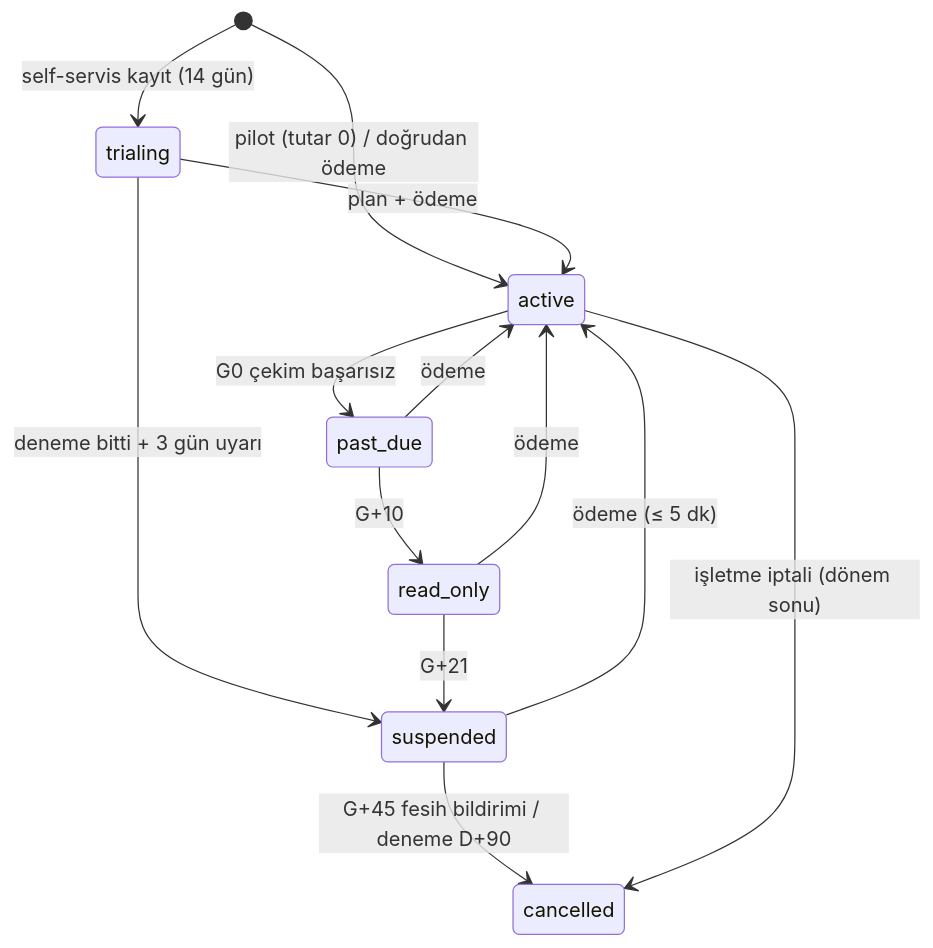
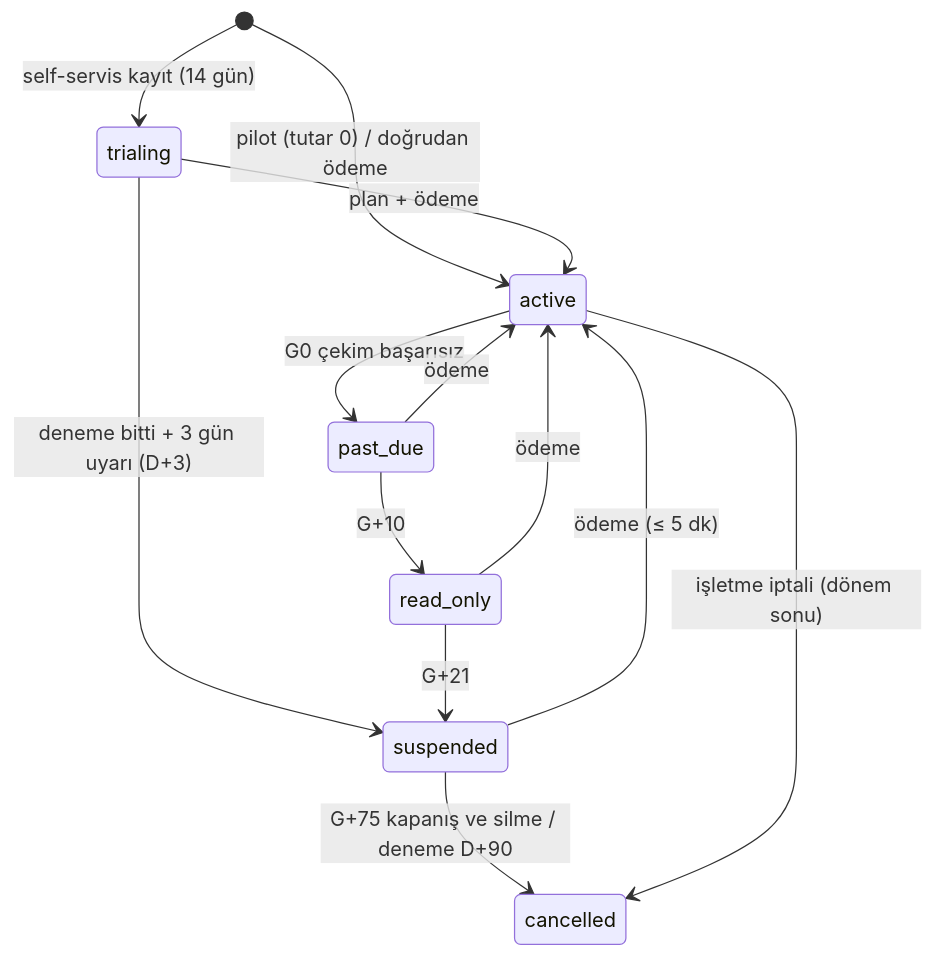
Before and after one commit to eraycaylak/siparisinonunde: the tenth of 10 diagrams in docs/07-veri-modeli-ve-api.md, drawn with Mermaid. The commit also changed other lines of this file and 5 other files, not shown here.

````diff
--- a/docs/07-veri-modeli-ve-api.md
+++ b/docs/07-veri-modeli-ve-api.md
@@ -923,15 +923,15 @@
 ```mermaid
 stateDiagram-v2
   [*] --> trialing: self-servis kayıt (14 gün)
   [*] --> active: pilot (tutar 0) / doğrudan ödeme
   trialing --> active: plan + ödeme
-  trialing --> suspended: deneme bitti + 3 gün uyarı
+  trialing --> suspended: deneme bitti + 3 gün uyarı (D+3)
   active --> past_due: G0 çekim başarısız
   past_due --> active: ödeme
   past_due --> read_only: G+10
   read_only --> suspended: G+21
   read_only --> active: ödeme
   suspended --> active: ödeme (≤ 5 dk)
-  suspended --> cancelled: G+45 fesih bildirimi / deneme D+90
+  suspended --> cancelled: G+75 kapanış ve silme / deneme D+90
   active --> cancelled: işletme iptali (dönem sonu)
 ```
````
